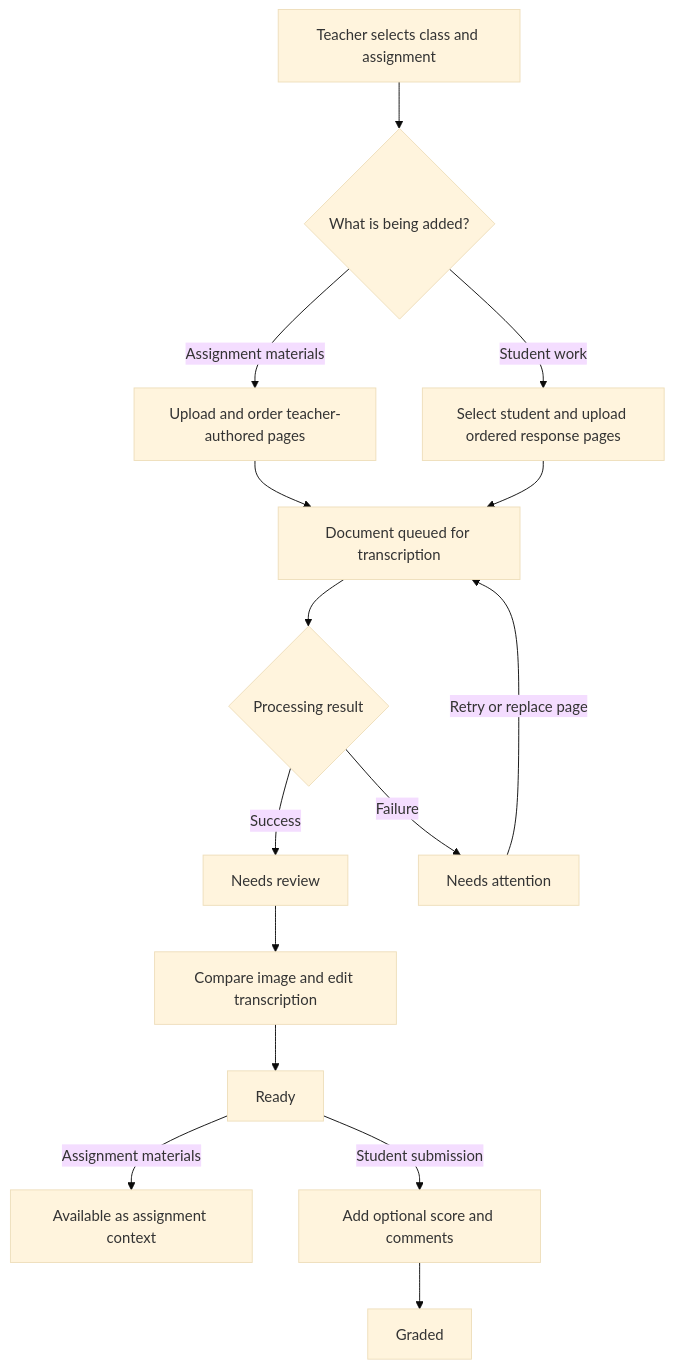
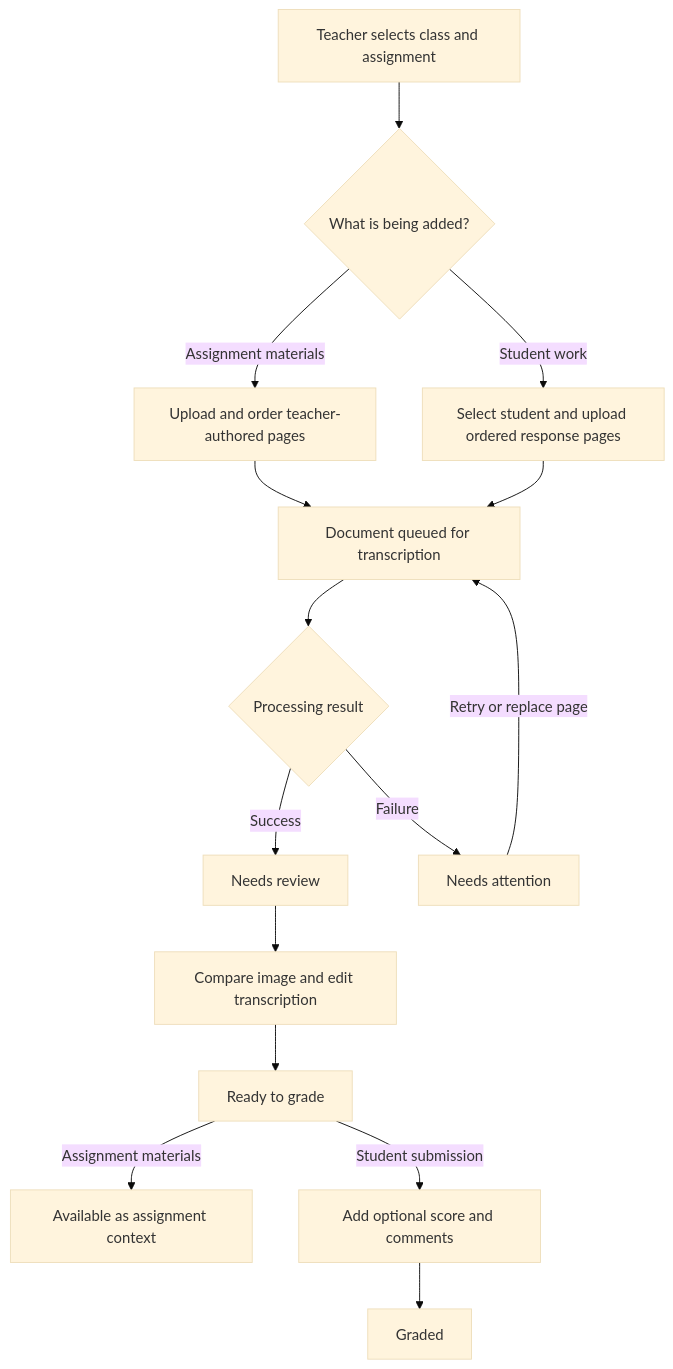
The diagram in plan/assignment-reader/product-doc.md (joseiciano/classprints), drawn with Mermaid (base theme) before and after one commit. The commit also changed other lines of this file and 10 other files, not shown here.

````diff
--- a/plan/assignment-reader/product-doc.md
+++ b/plan/assignment-reader/product-doc.md
@@ -173,17 +185,17 @@
 ```mermaid
 flowchart TD
     A[Teacher selects class and assignment] --> B{What is being added?}
     B -->|Assignment materials| C[Upload and order teacher-authored pages]
     B -->|Student work| D[Select student and upload ordered response pages]
     C --> E[Document queued for transcription]
     D --> E
     E --> F{Processing result}
     F -->|Success| G[Needs review]
     F -->|Failure| H[Needs attention]
     H -->|Retry or replace page| E
     G --> I[Compare image and edit transcription]
-    I --> J[Ready]
+    I --> J[Ready to grade]
     J -->|Assignment materials| K[Available as assignment context]
     J -->|Student submission| L[Add optional score and comments]
     L --> M[Graded]
 ```
````
